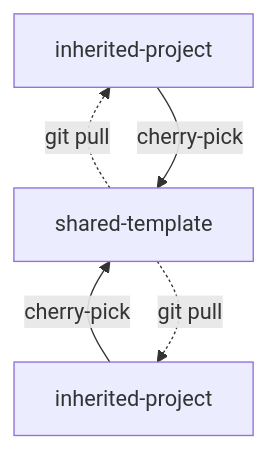
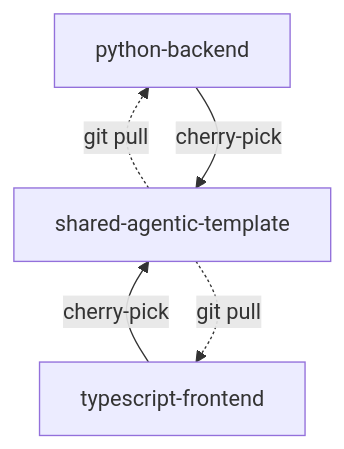
Before and after one commit to lifeinchords/claude-code-skills: the diagram in README.md, drawn with Mermaid. The commit also changed other lines of this file and 6 other files, not shown here.

````diff
--- a/README.md
+++ b/README.md
@@ -13,7 +9,7 @@
 ```mermaid
 flowchart BT
-    orion[inherited-project] -->|cherry-pick| upstream[shared-template]
-    mars[inherited-project] -->|cherry-pick| upstream
-    upstream -.->|git pull| orion
-    upstream -.->|git pull| mars
+    ts[typescript-frontend] -->|cherry-pick| upstream[shared-agentic-template]
+    py[python-backend] -->|cherry-pick| upstream
+    upstream -.->|git pull| ts
+    upstream -.->|git pull| py
 ```
````
